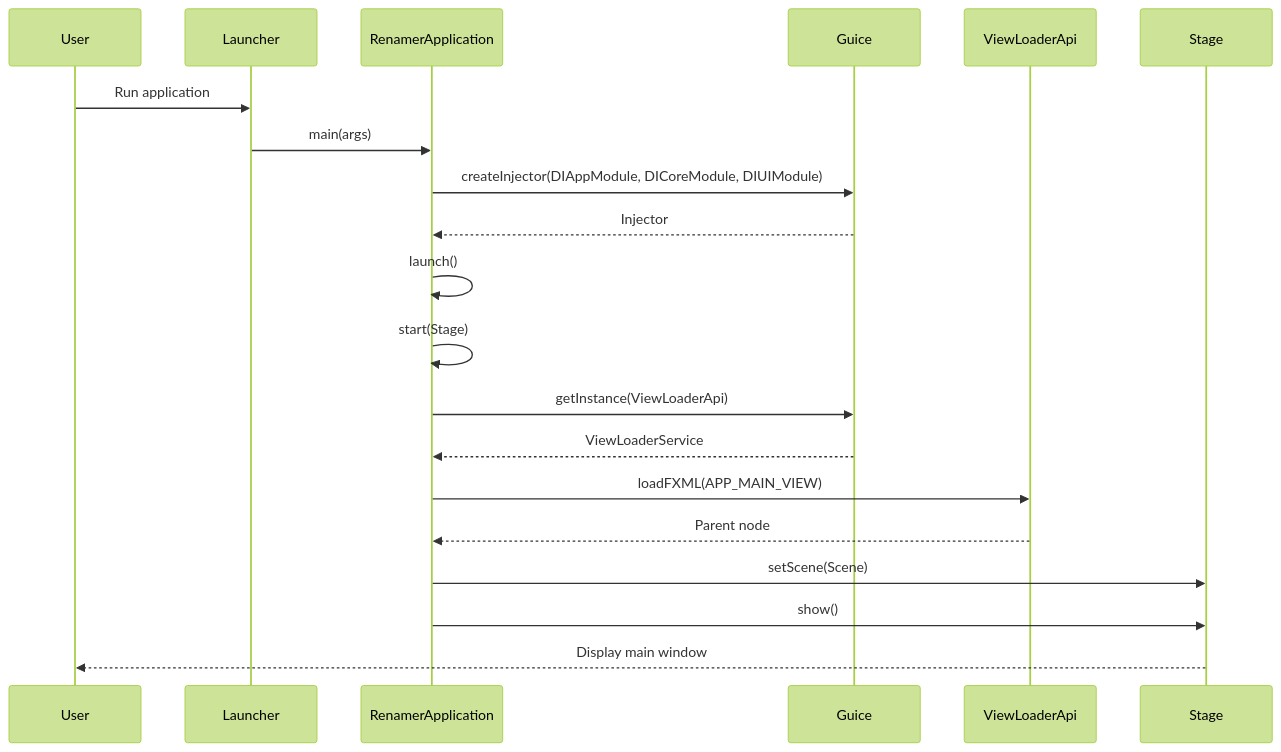
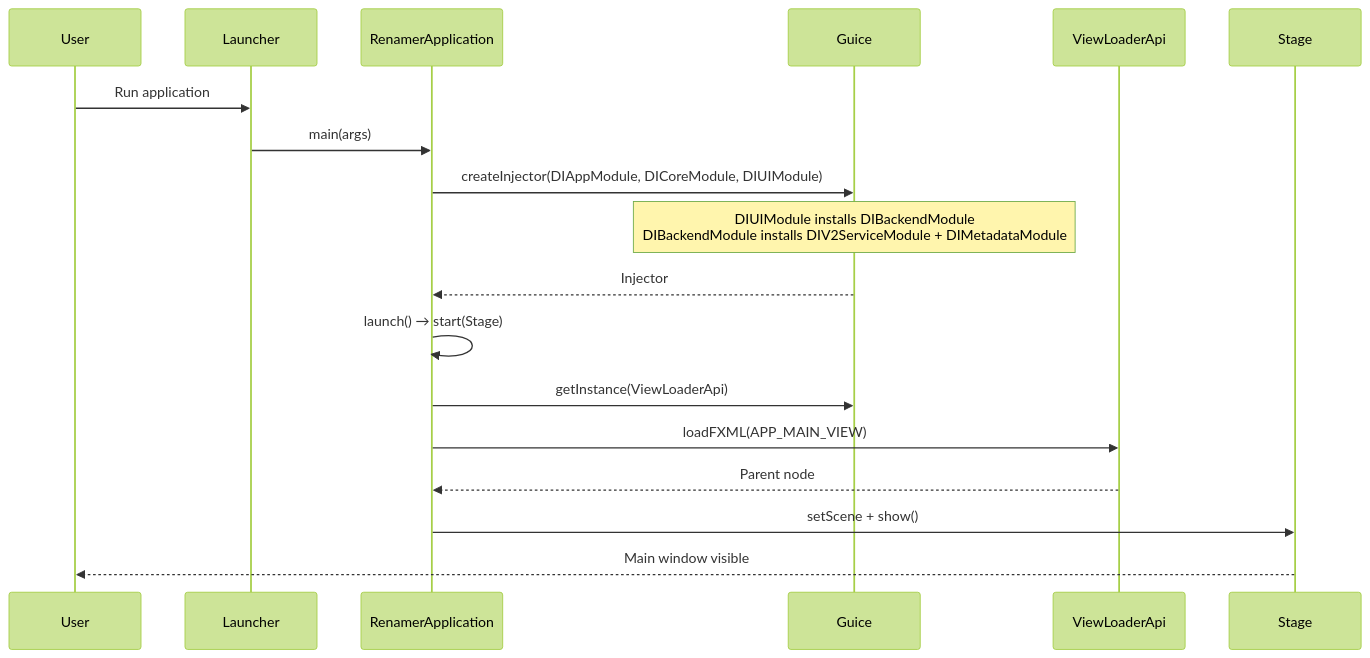
The second of 8 diagrams in docs/developers/architecture/ARCHITECTURE.md (sanyokkua/renamer_app), drawn with Mermaid (forest theme) before and after one commit. The commit also changed other lines of this file and 32 other files, not shown here.

````diff
--- a/docs/developers/architecture/ARCHITECTURE.md
+++ b/docs/developers/architecture/ARCHITECTURE.md
@@ -483,22 +188,20 @@
 ```mermaid
 sequenceDiagram
     participant User
     participant Launcher
     participant RenamerApplication
     participant Guice
     participant ViewLoaderApi
     participant Stage
     User ->> Launcher: Run application
     Launcher ->> RenamerApplication: main(args)
     RenamerApplication ->> Guice: createInjector(DIAppModule, DICoreModule, DIUIModule)
+    Note over Guice: DIUIModule installs DIBackendModule<br/>DIBackendModule installs DIV2ServiceModule + DIMetadataModule
     Guice -->> RenamerApplication: Injector
-    RenamerApplication ->> RenamerApplication: launch()
-    RenamerApplication ->> RenamerApplication: start(Stage)
+    RenamerApplication ->> RenamerApplication: launch() → start(Stage)
     RenamerApplication ->> Guice: getInstance(ViewLoaderApi)
-    Guice -->> RenamerApplication: ViewLoaderService
     RenamerApplication ->> ViewLoaderApi: loadFXML(APP_MAIN_VIEW)
     ViewLoaderApi -->> RenamerApplication: Parent node
-    RenamerApplication ->> Stage: setScene(Scene)
-    RenamerApplication ->> Stage: show()
-    Stage -->> User: Display main window
+    RenamerApplication ->> Stage: setScene + show()
+    Stage -->> User: Main window visible
 ```
````
